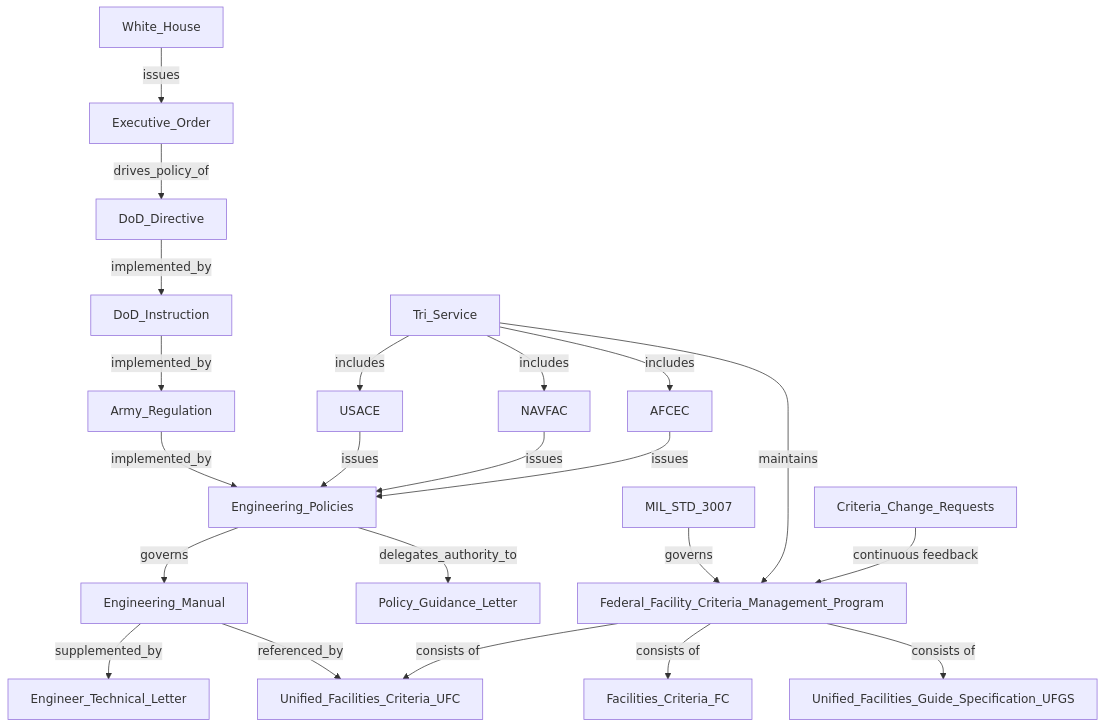
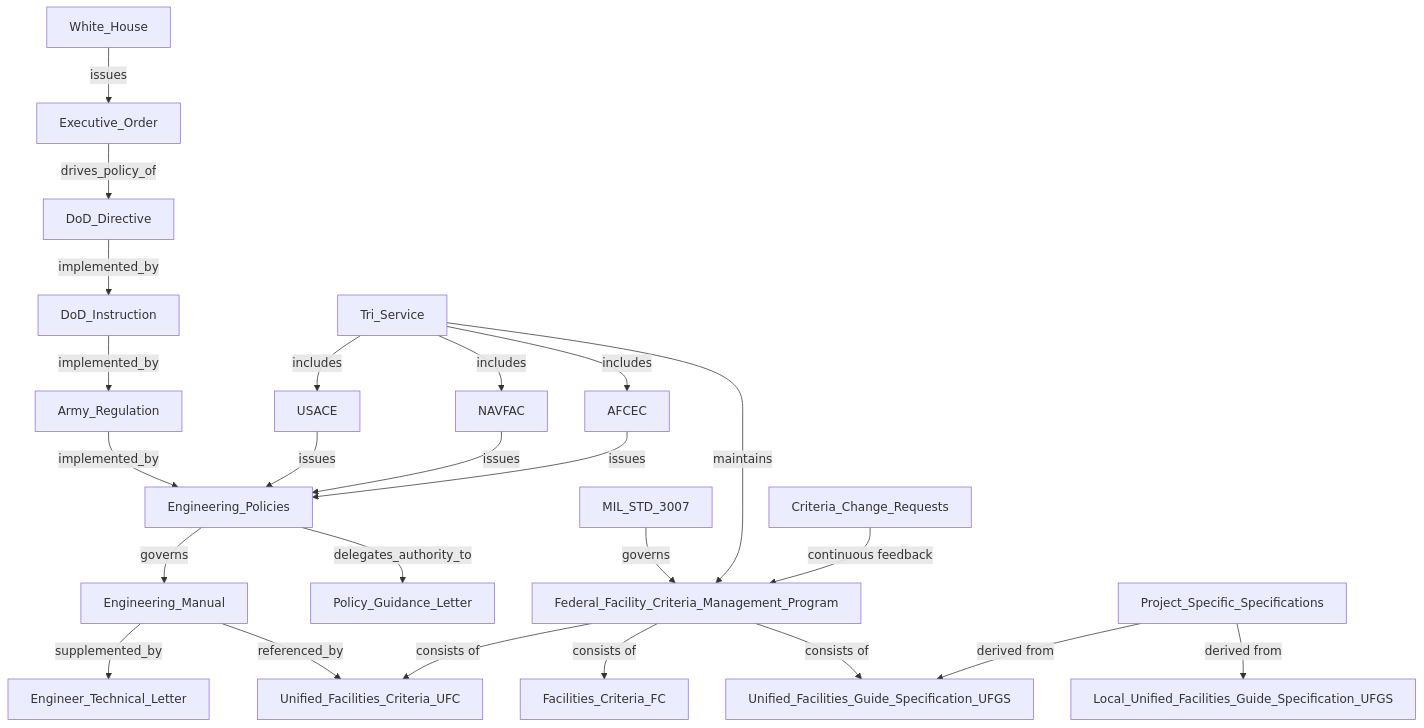
The diagram in data/KG_document_hierarchy.md (vdubya/criteria-assistant), drawn with Mermaid before and after one commit.

````diff
--- a/data/KG_document_hierarchy.md
+++ b/data/KG_document_hierarchy.md
@@ -1,24 +1,26 @@
 ```mermaid
 graph TD
   White_House -->|issues| Executive_Order
   Executive_Order -->|drives_policy_of| DoD_Directive
   DoD_Directive -->|implemented_by| DoD_Instruction
   DoD_Instruction -->|implemented_by| Army_Regulation
   Army_Regulation -->|implemented_by| Engineering_Policies
   Engineering_Policies -->|governs| Engineering_Manual
   Engineering_Manual -->|supplemented_by| Engineer_Technical_Letter
   Engineering_Policies -->|delegates_authority_to| Policy_Guidance_Letter
   Engineering_Manual -->|referenced_by| Unified_Facilities_Criteria_UFC
   MIL_STD_3007 -->|governs| Federal_Facility_Criteria_Management_Program
   Tri_Service -->|includes| USACE
   Tri_Service -->|includes| NAVFAC
   Tri_Service -->|includes| AFCEC
   USACE -->|issues| Engineering_Policies
   NAVFAC -->|issues| Engineering_Policies
   AFCEC -->|issues| Engineering_Policies
   Tri_Service -->|maintains| Federal_Facility_Criteria_Management_Program
   Criteria_Change_Requests -->|continuous feedback| Federal_Facility_Criteria_Management_Program
   Federal_Facility_Criteria_Management_Program -->|consists of| Unified_Facilities_Criteria_UFC
   Federal_Facility_Criteria_Management_Program -->|consists of| Facilities_Criteria_FC
   Federal_Facility_Criteria_Management_Program -->|consists of| Unified_Facilities_Guide_Specification_UFGS
+  Project_Specific_Specifications --> |derived from| Unified_Facilities_Guide_Specification_UFGS
+  Project_Specific_Specifications --> |derived from| Local_Unified_Facilities_Guide_Specification_UFGS
 ```
````
